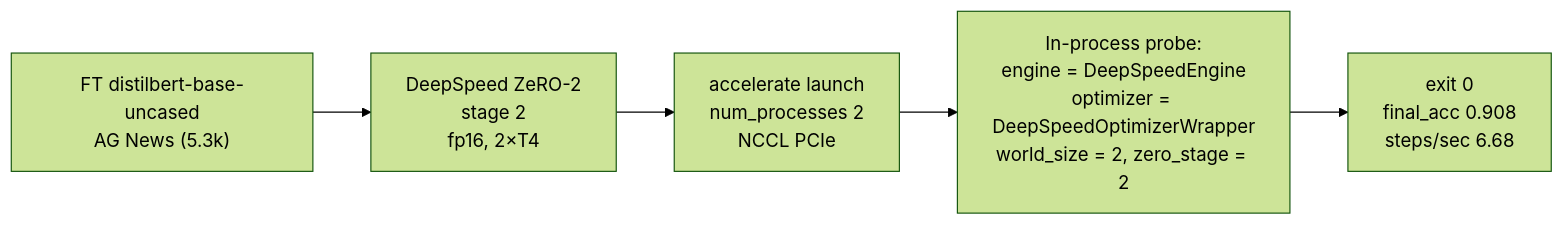
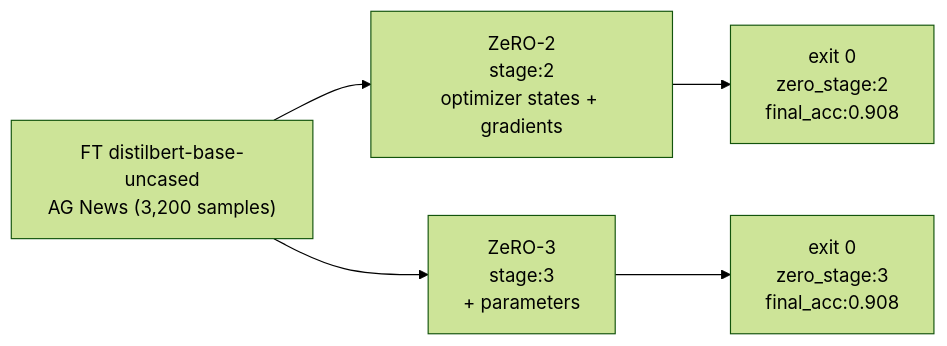
The diagram in README.md (nlpcvvoice/kaggle-dual-t4-qlora-zero2-sft), drawn with Mermaid (forest theme) before and after one commit. The commit also changed other lines of this file and 1 other file, not shown here.

````diff
--- a/README.md
+++ b/README.md
@@ -17,7 +20,8 @@
 ```mermaid
 flowchart LR
-    A["FT distilbert-base-uncased<br/>AG News (5.3k)"] --> B["DeepSpeed ZeRO-2<br/>stage 2<br/>fp16, 2×T4"]
-    B --> C["accelerate launch<br/>num_processes 2<br/>NCCL PCIe"]
-    C --> D["In-process probe:<br/>engine = DeepSpeedEngine<br/>optimizer = DeepSpeedOptimizerWrapper<br/>world_size = 2, zero_stage = 2"]
-    D --> E["exit 0<br/>final_acc 0.908<br/>steps/sec 6.68"]
+    A["FT distilbert-base-uncased<br/>AG News (3,200 samples)"]
+    A --> B2["ZeRO-2<br/>stage:2<br/>optimizer states + gradients"]
+    A --> B3["ZeRO-3<br/>stage:3<br/>+ parameters"]
+    B2 --> C2["exit 0<br/>zero_stage:2<br/>final_acc:0.908"]
+    B3 --> C3["exit 0<br/>zero_stage:3<br/>final_acc:0.908"]
 ```
````
